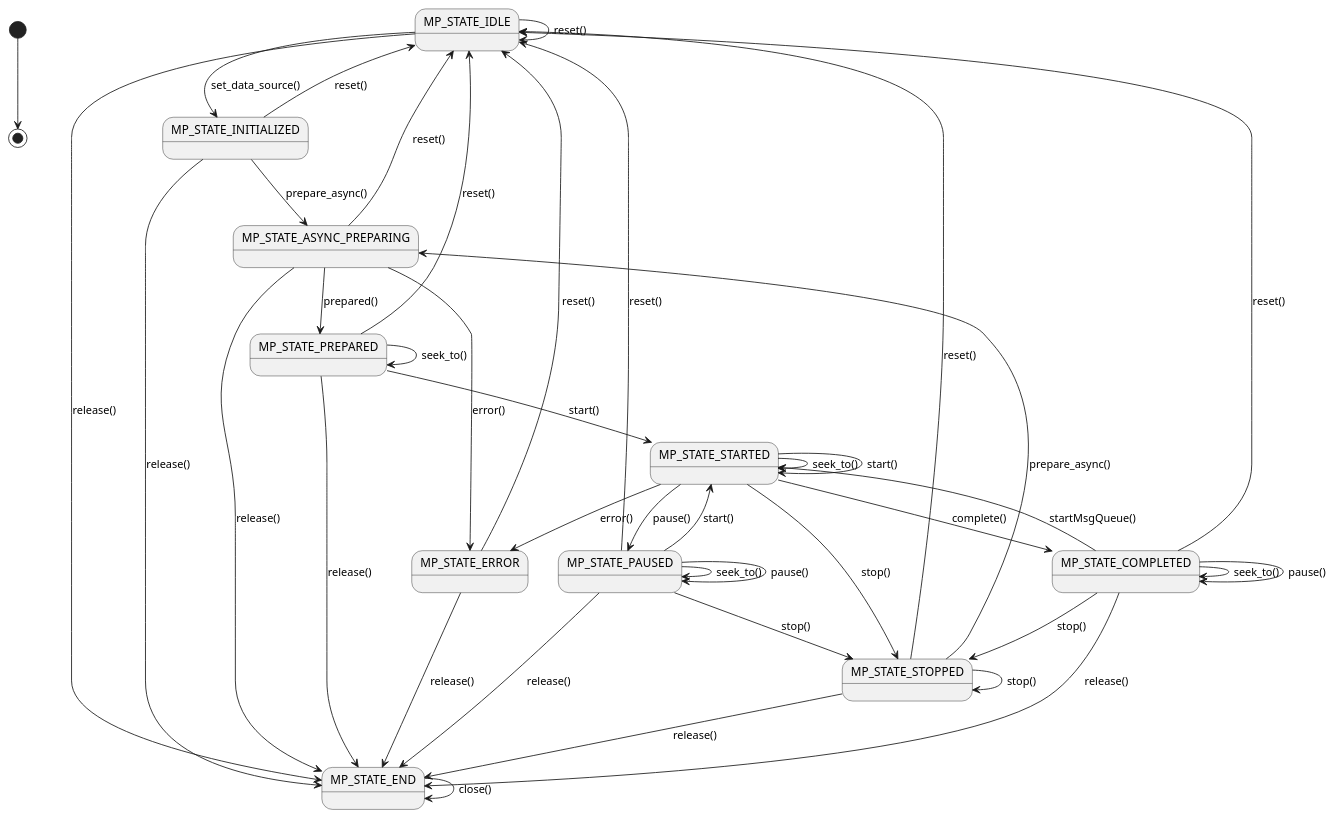
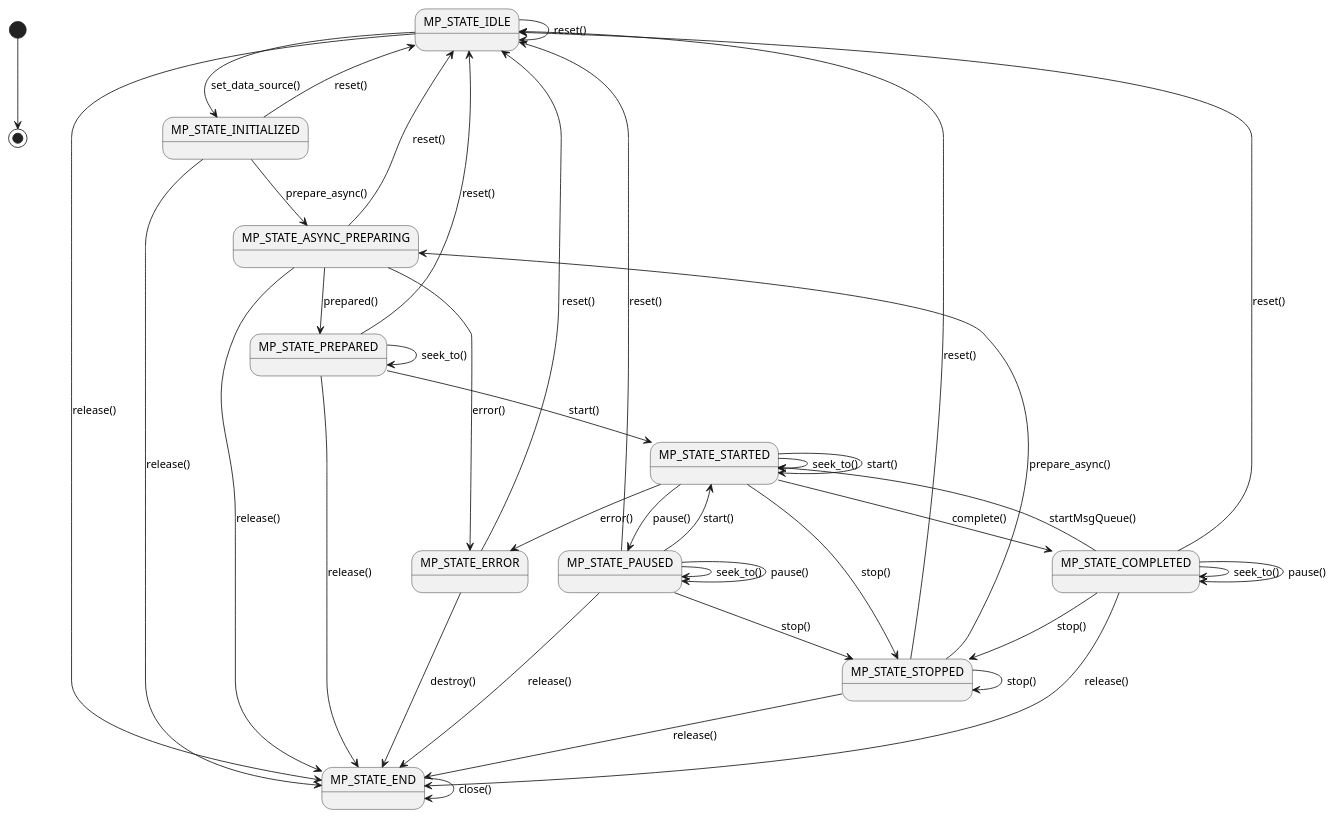
One commit to biezhihua/SMusic changed the diagram in example/splayer_android_example/doc/IjkPlayer/State/ijkplayer-state.puml. Above: the diagram before and after it, drawn with PlantUML. The commit also changed 15 other files, not shown here.

```diff
--- a/example/splayer_android_example/doc/IjkPlayer/State/ijkplayer-state.puml
+++ b/example/splayer_android_example/doc/IjkPlayer/State/ijkplayer-state.puml
@@ -1,55 +1,55 @@
 @startuml
 
 [*] --> [*]
 
 MP_STATE_IDLE --> MP_STATE_INITIALIZED:set_data_source()
 MP_STATE_IDLE --> MP_STATE_IDLE:reset()
 MP_STATE_IDLE --> MP_STATE_END:release()
 
 MP_STATE_INITIALIZED --> MP_STATE_ASYNC_PREPARING:prepare_async()
 MP_STATE_INITIALIZED --> MP_STATE_IDLE:reset()
 MP_STATE_INITIALIZED --> MP_STATE_END:release()
 
 MP_STATE_ASYNC_PREPARING --> MP_STATE_PREPARED:prepared()
 MP_STATE_ASYNC_PREPARING --> MP_STATE_ERROR:error()
 MP_STATE_ASYNC_PREPARING --> MP_STATE_IDLE:reset()
 MP_STATE_ASYNC_PREPARING --> MP_STATE_END:release()
 
 MP_STATE_PREPARED --> MP_STATE_PREPARED:seek_to()
 MP_STATE_PREPARED --> MP_STATE_STARTED:start()
 MP_STATE_PREPARED --> MP_STATE_IDLE:reset()
 MP_STATE_PREPARED --> MP_STATE_END:release()
 
 MP_STATE_STARTED --> MP_STATE_STARTED:seek_to()
 MP_STATE_STARTED --> MP_STATE_STARTED:start()
 MP_STATE_STARTED --> MP_STATE_PAUSED:pause()
 MP_STATE_STARTED --> MP_STATE_STOPPED:stop()
 MP_STATE_STARTED --> MP_STATE_COMPLETED:complete()
 MP_STATE_STARTED --> MP_STATE_ERROR:error()
 
 MP_STATE_PAUSED --> MP_STATE_PAUSED:seek_to()
 MP_STATE_PAUSED --> MP_STATE_STARTED:start()
 MP_STATE_PAUSED --> MP_STATE_PAUSED:pause()
 MP_STATE_PAUSED --> MP_STATE_STOPPED:stop()
 MP_STATE_PAUSED --> MP_STATE_IDLE:reset()
 MP_STATE_PAUSED --> MP_STATE_END:release()
 
 MP_STATE_STOPPED --> MP_STATE_STOPPED:stop()
 MP_STATE_STOPPED --> MP_STATE_ASYNC_PREPARING:prepare_async()
 MP_STATE_STOPPED --> MP_STATE_IDLE:reset()
 MP_STATE_STOPPED --> MP_STATE_END:release()
 
 MP_STATE_COMPLETED --> MP_STATE_COMPLETED:seek_to()
 MP_STATE_COMPLETED --> MP_STATE_STARTED:startMsgQueue()
 MP_STATE_COMPLETED --> MP_STATE_COMPLETED:pause()
 MP_STATE_COMPLETED --> MP_STATE_STOPPED:stop()
 MP_STATE_COMPLETED --> MP_STATE_IDLE:reset()
 MP_STATE_COMPLETED --> MP_STATE_END:release()
 
 MP_STATE_ERROR --> MP_STATE_IDLE:reset()
-MP_STATE_ERROR --> MP_STATE_END:release()
+MP_STATE_ERROR --> MP_STATE_END:destroy()
 
 MP_STATE_END --> MP_STATE_END:close()
 
 
 @enduml
```
